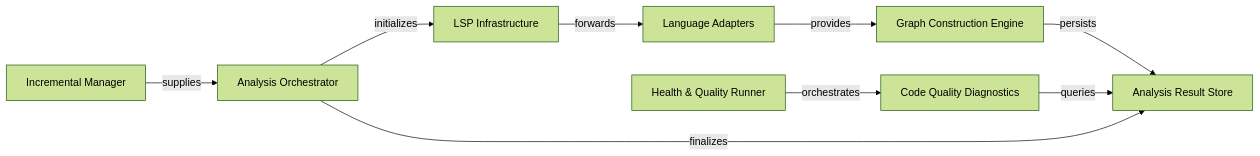
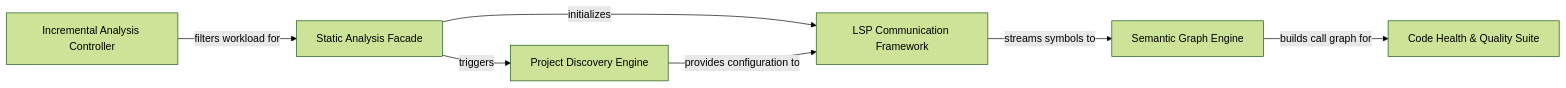
The diagram in .codeboarding/Static_Code_Analyzer.md (CodeBoarding/CodeBoarding), drawn with Mermaid (forest theme) before and after one commit. The commit also changed other lines of this file and 9 other files, not shown here.

````diff
--- a/.codeboarding/Static_Code_Analyzer.md
+++ b/.codeboarding/Static_Code_Analyzer.md
@@ -1,19 +1,15 @@
 ```mermaid
 graph LR
-    Analysis_Orchestrator["Analysis Orchestrator"]
-    LSP_Infrastructure["LSP Infrastructure"]
-    Incremental_Manager["Incremental Manager"]
-    Language_Adapters["Language Adapters"]
-    Graph_Construction_Engine["Graph Construction Engine"]
-    Analysis_Result_Store["Analysis Result Store"]
-    Health_Quality_Runner["Health & Quality Runner"]
-    Code_Quality_Diagnostics["Code Quality Diagnostics"]
-    Analysis_Orchestrator -- "initializes" --> LSP_Infrastructure
-    Incremental_Manager -- "supplies" --> Analysis_Orchestrator
-    LSP_Infrastructure -- "forwards" --> Language_Adapters
-    Language_Adapters -- "provides" --> Graph_Construction_Engine
-    Graph_Construction_Engine -- "persists" --> Analysis_Result_Store
-    Health_Quality_Runner -- "orchestrates" --> Code_Quality_Diagnostics
-    Code_Quality_Diagnostics -- "queries" --> Analysis_Result_Store
-    Analysis_Orchestrator -- "finalizes" --> Analysis_Result_Store
+    Static_Analysis_Facade["Static Analysis Facade"]
+    Project_Discovery_Engine["Project Discovery Engine"]
+    LSP_Communication_Framework["LSP Communication Framework"]
+    Semantic_Graph_Engine["Semantic Graph Engine"]
+    Code_Health_Quality_Suite["Code Health & Quality Suite"]
+    Incremental_Analysis_Controller["Incremental Analysis Controller"]
+    Static_Analysis_Facade -- "triggers" --> Project_Discovery_Engine
+    Static_Analysis_Facade -- "initializes" --> LSP_Communication_Framework
+    Project_Discovery_Engine -- "provides configuration to" --> LSP_Communication_Framework
+    LSP_Communication_Framework -- "streams symbols to" --> Semantic_Graph_Engine
+    Semantic_Graph_Engine -- "builds call graph for" --> Code_Health_Quality_Suite
+    Incremental_Analysis_Controller -- "filters workload for" --> Static_Analysis_Facade
 ```
````
